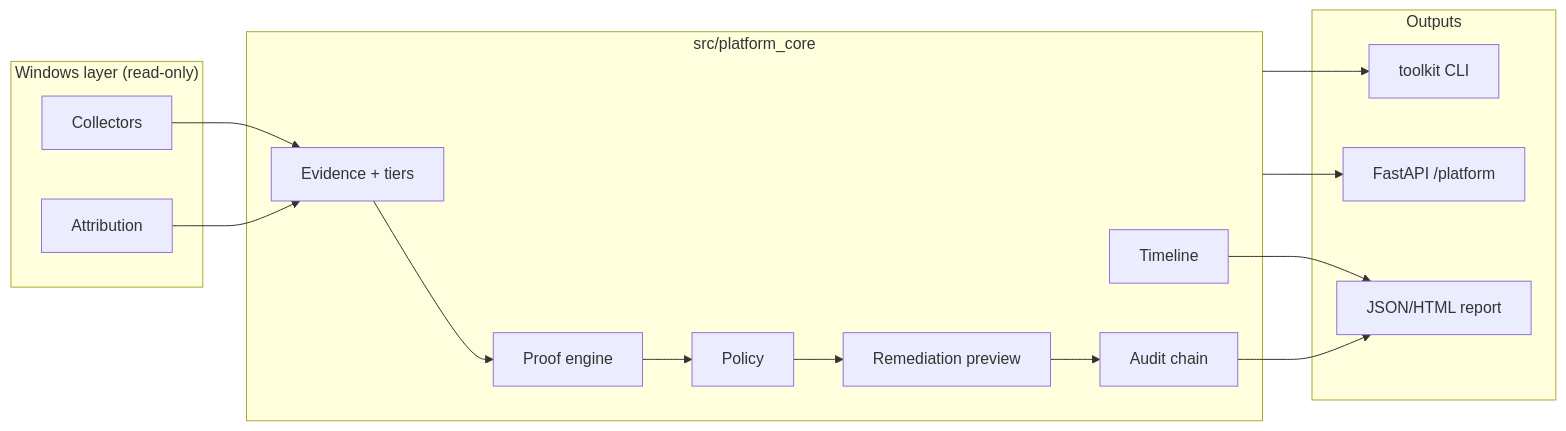
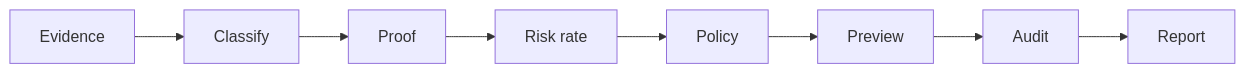
The diagram in README.md (Kozphy/Windows-Network-Recovery-Toolkit), drawn with Mermaid before and after one commit. The commit also changed other lines of this file and 21 other files, not shown here.

````diff
--- a/README.md
+++ b/README.md
@@ -294,30 +41,10 @@
 ```mermaid
 flowchart LR
-  subgraph Windows["Windows layer (read-only)"]
-    C[Collectors]
-    A[Attribution]
-  end
-  subgraph Core["src/platform_core"]
-    E[Evidence + tiers]
-    P[Proof engine]
-    T[Timeline]
-    Pol[Policy]
-    R[Remediation preview]
-    Aud[Audit chain]
-  end
-  subgraph Out["Outputs"]
-    CLI[toolkit CLI]
-    API[FastAPI /platform]
-    Rep[JSON/HTML report]
-  end
-  C --> E
-  A --> E
-  E --> P
-  P --> Pol
-  Pol --> R
-  R --> Aud
-  T --> Rep
-  Aud --> Rep
-  Core --> CLI
-  Core --> API
+  E[Evidence] --> C[Classify]
+  C --> P[Proof]
+  P --> R[Risk rate]
+  R --> Pol[Policy]
+  Pol --> Prev[Preview]
+  Prev --> Aud[Audit]
+  Aud --> Rep[Report]
 ```
````
